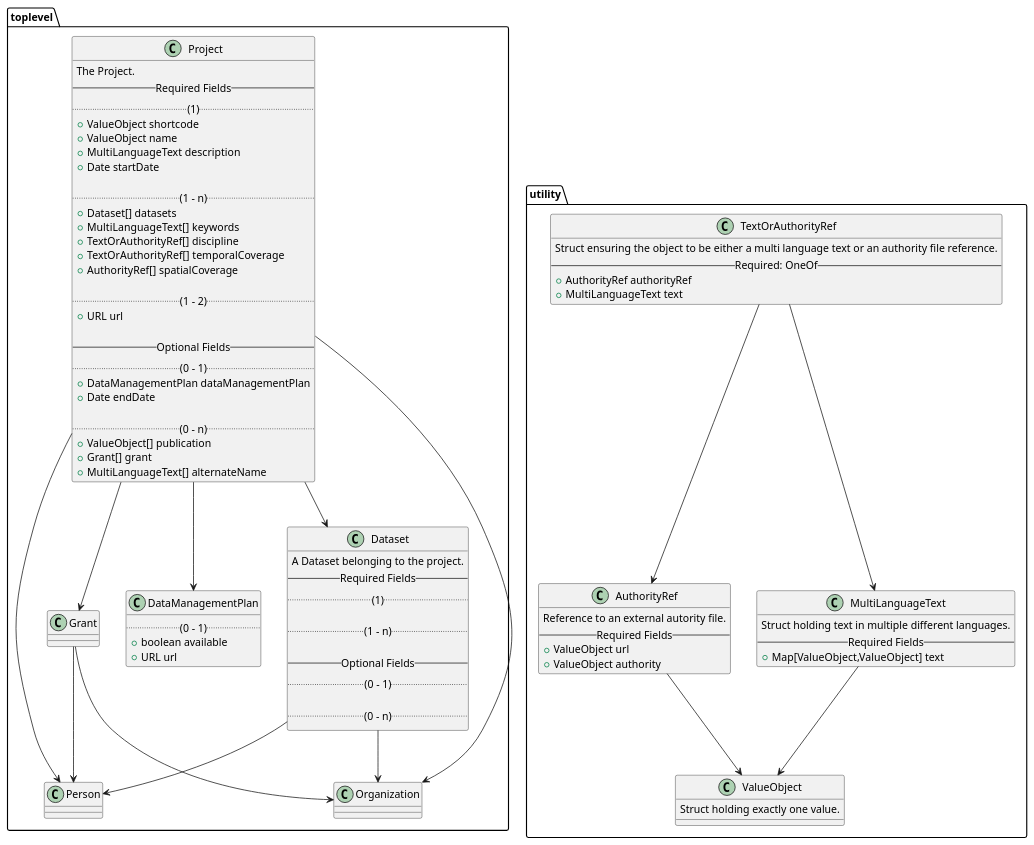
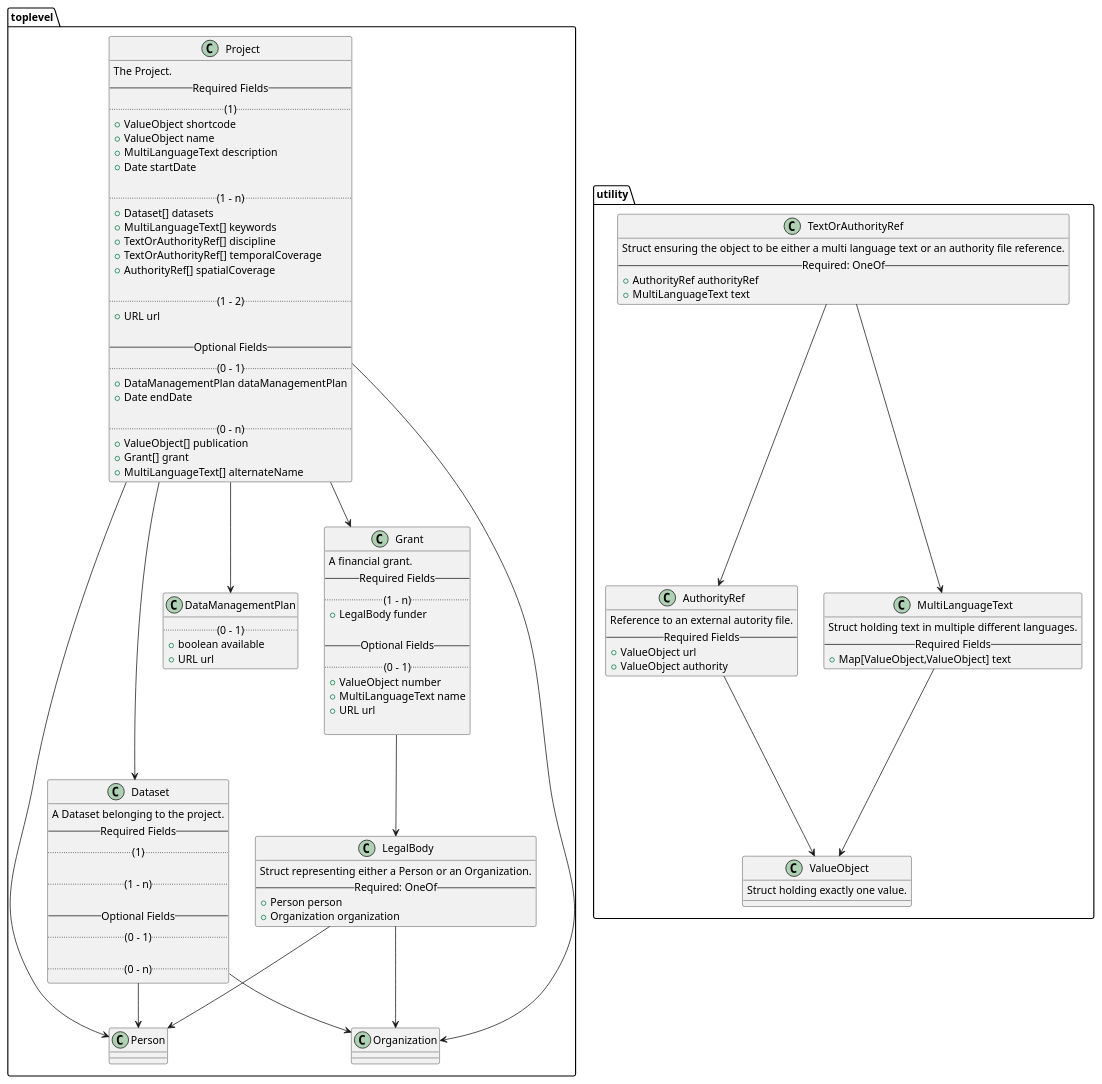
The diagram in docs/services/metadata/domain-entities.puml (dasch-swiss/dasch-service-platform), drawn with PlantUML before and after one commit. The commit also changed 2 other files, not shown here.

Commit message:
docs(metadata): domain entities for type grant

```diff
--- a/docs/services/metadata/domain-entities.puml
+++ b/docs/services/metadata/domain-entities.puml
@@ -1,112 +1,133 @@
 @startuml Domain Entities
 package toplevel {
 
   class Project {
     The Project.
     -- Required Fields --
     .. (1) ..
     +ValueObject shortcode
     +ValueObject name
     +MultiLanguageText description
     +Date startDate
 
     .. (1 - n) ..
     +Dataset[] datasets
     +MultiLanguageText[] keywords
     +TextOrAuthorityRef[] discipline
     +TextOrAuthorityRef[] temporalCoverage
     +AuthorityRef[] spatialCoverage
 
     .. (1 - 2) ..
     +URL url
+    ' TODO: do we want URL?
 
     -- Optional Fields --
     .. (0 - 1) ..
     +DataManagementPlan dataManagementPlan
     +Date endDate
 
     .. (0 - n) ..
     +ValueObject[] publication
     +Grant[] grant
     +MultiLanguageText[] alternateName
   }
 
   class Dataset {
     A Dataset belonging to the project.
     ' TODO
     -- Required Fields --
     .. (1) ..
 
     .. (1 - n) ..
 
     -- Optional Fields --
     .. (0 - 1) ..
 
     .. (0 - n) ..
   }
 
   class DataManagementPlan {
     .. (0 - 1) ..
     +boolean available
     +URL url
+    ' TODO: do we want URL?
   }
 
   class Grant {
-    ' TODO
+    A financial grant.
+    -- Required Fields --
+    .. (1 - n) ..
+    +LegalBody funder
+
+    -- Optional Fields --
+    .. (0 - 1) ..
+    +ValueObject number
+    +MultiLanguageText name
+    +URL url
+    ' TODO: do we want URL?
+
+  }
+
+  class LegalBody {
+    Struct representing either a Person or an Organization.
+    -- Required: OneOf --
+    +Person person
+    +Organization organization
   }
 
   class Person {
     ' TODO
   }
 
   class Organization {
     ' TODO
   }
 
 }
 
 package utility {
 
   class TextOrAuthorityRef {
     ' TODO: find better name
     Struct ensuring the object to be either a multi language text or an authority file reference.
     -- Required: OneOf --
     +AuthorityRef authorityRef
     +MultiLanguageText text
   }
 
   class AuthorityRef {
     Reference to an external autority file.
     -- Required Fields --
     +ValueObject url
     +ValueObject authority
   }
 
   class MultiLanguageText {
     Struct holding text in multiple different languages.
     -- Required Fields --
     +Map[ValueObject,ValueObject] text
   }
 
   class ValueObject {
     Struct holding exactly one value.
   }
 
 }
 
 
 Project --> Dataset
 Project --> DataManagementPlan
 Project --> Grant
 Project --> Person
 Project --> Organization
 Dataset --> Person
 Dataset --> Organization
-Grant --> Person
-Grant --> Organization
+Grant --> LegalBody
+LegalBody --> Person
+LegalBody --> Organization
 TextOrAuthorityRef --> MultiLanguageText
 TextOrAuthorityRef --> AuthorityRef
 AuthorityRef --> ValueObject
 MultiLanguageText --> ValueObject
 
 @enduml
```
